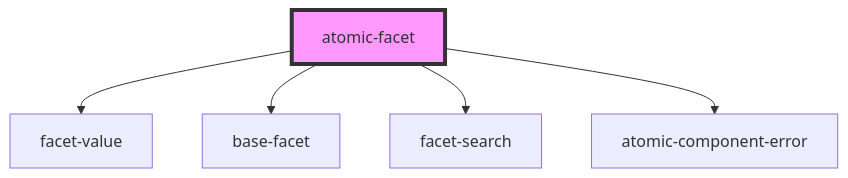
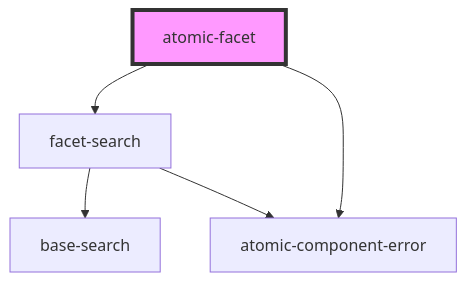
One commit to coveo/ui-kit changed the diagram in packages/atomic/src/components/facets/atomic-facet/readme.md. Above: the diagram before and after it, drawn with Mermaid. The commit also changed other lines of this file and 15 other files, not shown here.

First line of the commit message:
feat(atomic): numeric Facet

````diff
--- a/packages/atomic/src/components/facets/atomic-facet/readme.md
+++ b/packages/atomic/src/components/facets/atomic-facet/readme.md
@@ -27,8 +25,8 @@
 ```mermaid
 graph TD;
-  atomic-facet --> facet-value
-  atomic-facet --> base-facet
   atomic-facet --> facet-search
   atomic-facet --> atomic-component-error
+  facet-search --> base-search
+  facet-search --> atomic-component-error
   style atomic-facet fill:#f9f,stroke:#333,stroke-width:4px
 ```
````
